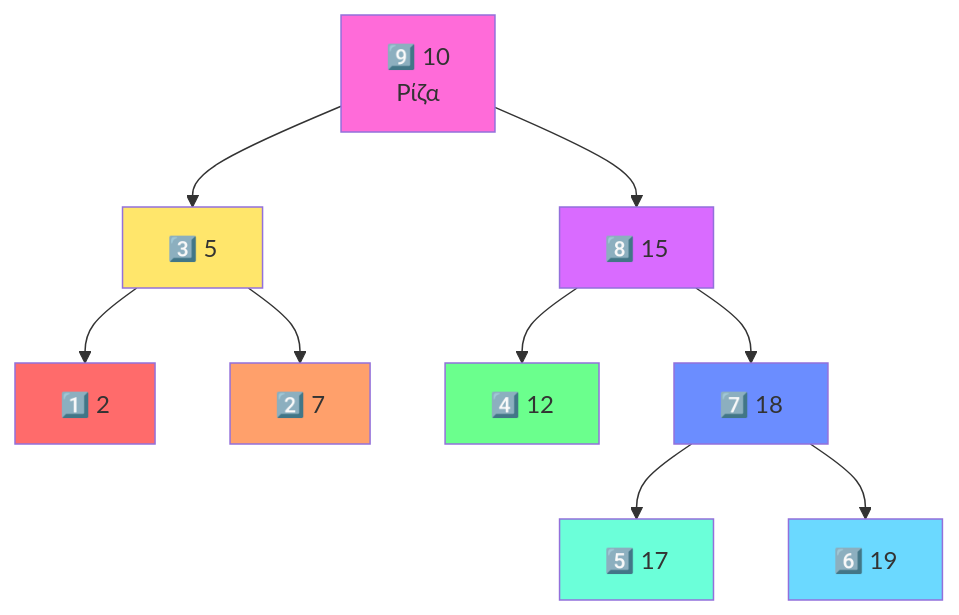
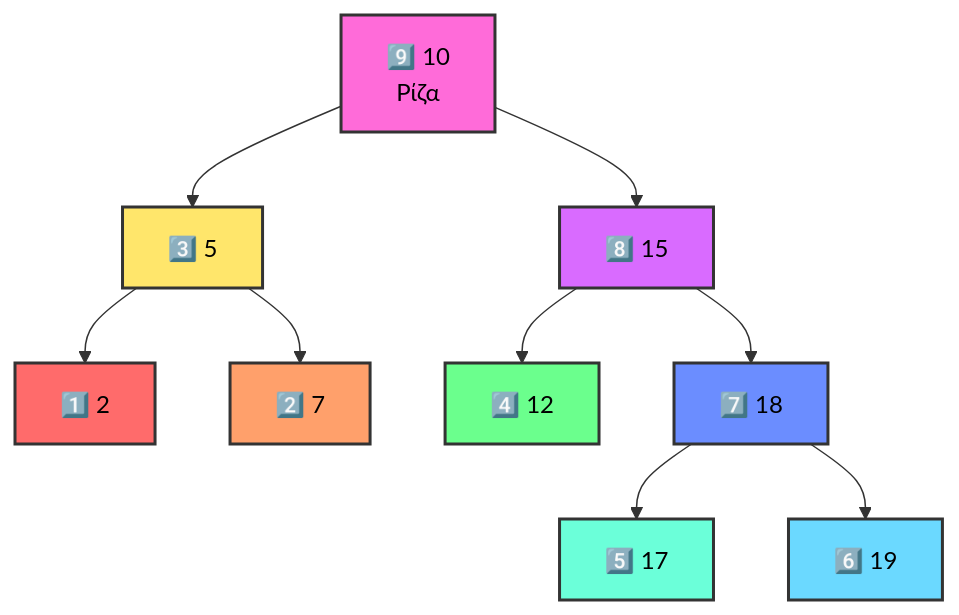
One commit to PanagopoulosNikolaos/DitOpenNotes changed the fourth of 43 diagrams in Year_2/Semester_3/DSA_DATA_STRUCTURES_ALGORITHMS/Lectures/Binary_Trees.md. Above: the diagram before and after it, drawn with Mermaid. The commit also changed other lines of this file and 4 other files, not shown here.

````diff
--- a/Year_2/Semester_3/DSA_DATA_STRUCTURES_ALGORITHMS/Lectures/Binary_Trees.md
+++ b/Year_2/Semester_3/DSA_DATA_STRUCTURES_ALGORITHMS/Lectures/Binary_Trees.md
@@ -133,21 +133,21 @@
 ```mermaid
 graph TD
     A["9️⃣ 10<br/>Ρίζα"] --> B["3️⃣ 5"]
     A --> C["8️⃣ 15"]
     B --> D["1️⃣ 2"]
     B --> E["2️⃣ 7"]
     C --> F["4️⃣ 12"]
     C --> G["7️⃣ 18"]
     G --> GA["5️⃣ 17"]
     G --> GB["6️⃣ 19"]
     
-    style D fill:#ff6b6b
-    style E fill:#ffa06b
-    style B fill:#ffe66b
-    style F fill:#6bff8d
-    style GA fill:#6bffd9
-    style GB fill:#6bd9ff
-    style G fill:#6b8dff
-    style C fill:#d96bff
-    style A fill:#ff6bd9
+    style D fill:#ff6b6b,stroke:#333,stroke-width:2px,color:black
+    style E fill:#ffa06b,stroke:#333,stroke-width:2px,color:black
+    style B fill:#ffe66b,stroke:#333,stroke-width:2px,color:black
+    style F fill:#6bff8d,stroke:#333,stroke-width:2px,color:black
+    style GA fill:#6bffd9,stroke:#333,stroke-width:2px,color:black
+    style GB fill:#6bd9ff,stroke:#333,stroke-width:2px,color:black
+    style G fill:#6b8dff,stroke:#333,stroke-width:2px,color:black
+    style C fill:#d96bff,stroke:#333,stroke-width:2px,color:black
+    style A fill:#ff6bd9,stroke:#333,stroke-width:2px,color:black
 ```
````
